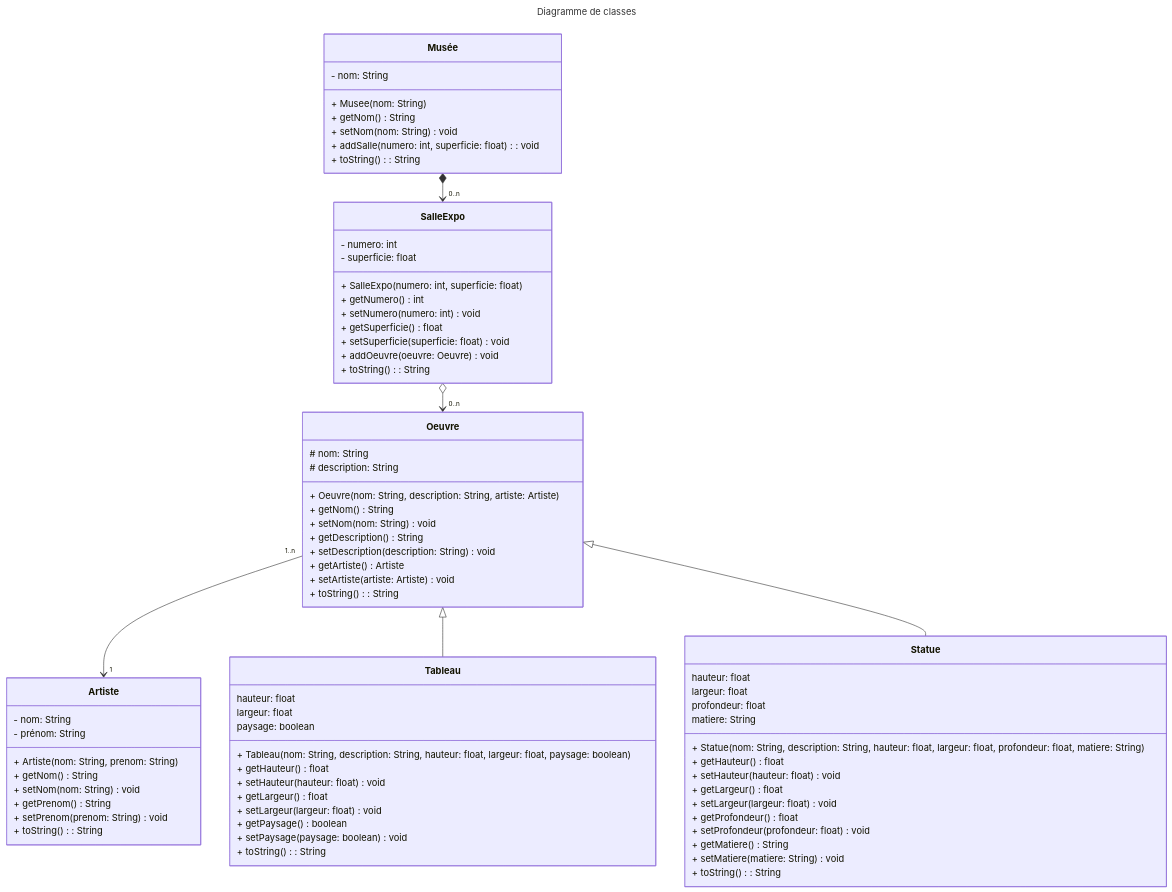
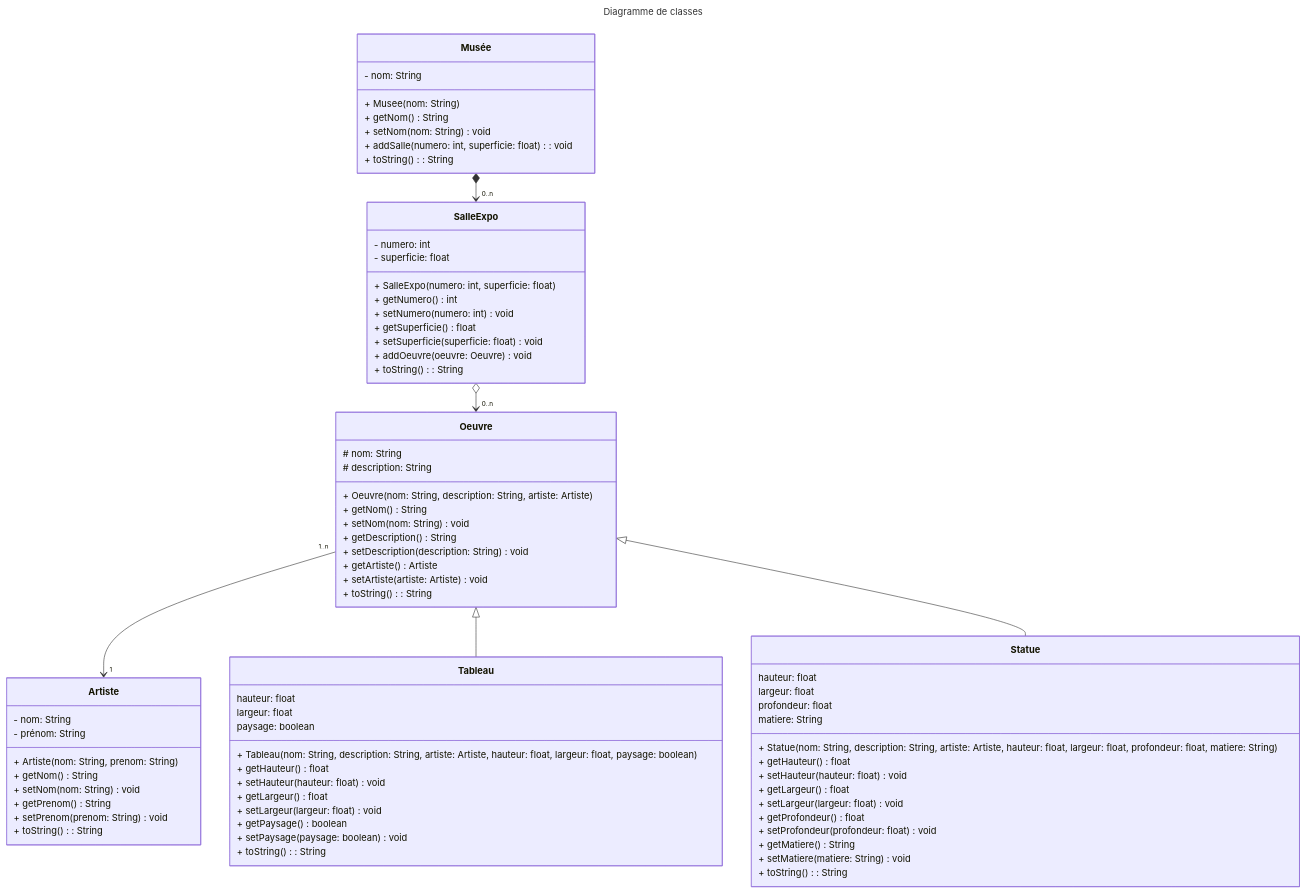
The diagram in src/PreparationInterro/README.md (ECE-Lyon/ing3-tps-java-antoinehintzy), drawn with Mermaid before and after one commit. The commit also changed 2 other files, not shown here.

Commit message:
MAJ préparation interro

```diff
--- a/src/PreparationInterro/README.md
+++ b/src/PreparationInterro/README.md
@@ -64,7 +64,7 @@
         hauteur: float
         largeur: float
         paysage: boolean
-        + Tableau(nom: String, description: String, hauteur: float, largeur: float, paysage: boolean)
+        + Tableau(nom: String, description: String, artiste: Artiste, hauteur: float, largeur: float, paysage: boolean)
         + getHauteur() float
         + setHauteur(hauteur: float) void
         + getLargeur() float
@@ -78,7 +78,7 @@
         largeur: float
         profondeur: float
         matiere: String
-        + Statue(nom: String, description: String, hauteur: float, largeur: float, profondeur: float, matiere: String)
+        + Statue(nom: String, description: String, artiste: Artiste, hauteur: float, largeur: float, profondeur: float, matiere: String)
         + getHauteur() float
         + setHauteur(hauteur: float) void
         + getLargeur() float
```
